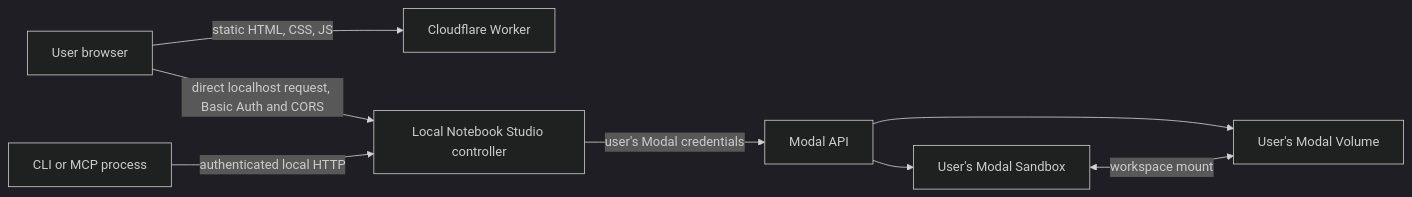
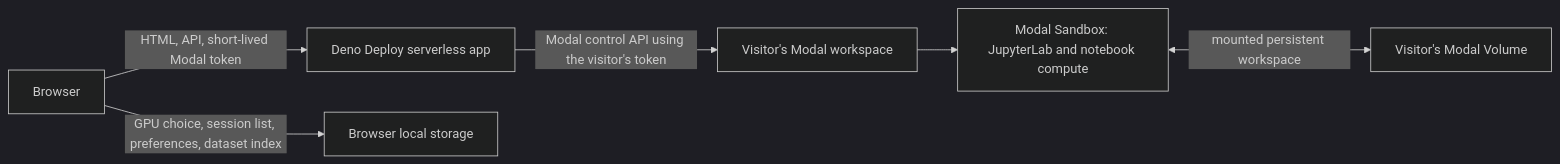
The diagram in README.md (seenmttai/modal-notebook-studio), drawn with Mermaid (dark theme) before and after one commit. The commit also changed other lines of this file and 11 other files, not shown here.

Commit message:
Deploy browser-first studio on Deno Deploy

````diff
--- a/README.md
+++ b/README.md
@@ -42,10 +13,8 @@
 ```mermaid
 flowchart LR
-    B[User browser] -->|static HTML, CSS, JS| W[Cloudflare Worker]
-    B -->|direct localhost request, Basic Auth and CORS| H[Local Notebook Studio controller]
-    C[CLI or MCP process] -->|authenticated local HTTP| H
-    H -->|user's Modal credentials| M[Modal API]
-    M --> S[User's Modal Sandbox]
-    M --> V[User's Modal Volume]
-    S <-->|workspace mount| V
+    B[Browser] -->|HTML, API, short-lived Modal token| D[Deno Deploy serverless app]
+    D -->|Modal control API using the visitor's token| M[Visitor's Modal workspace]
+    M --> S[Modal Sandbox: JupyterLab and notebook compute]
+    S <-->|mounted persistent workspace| V[Visitor's Modal Volume]
+    B -->|GPU choice, session list, preferences, dataset index| L[Browser local storage]
 ```
````
